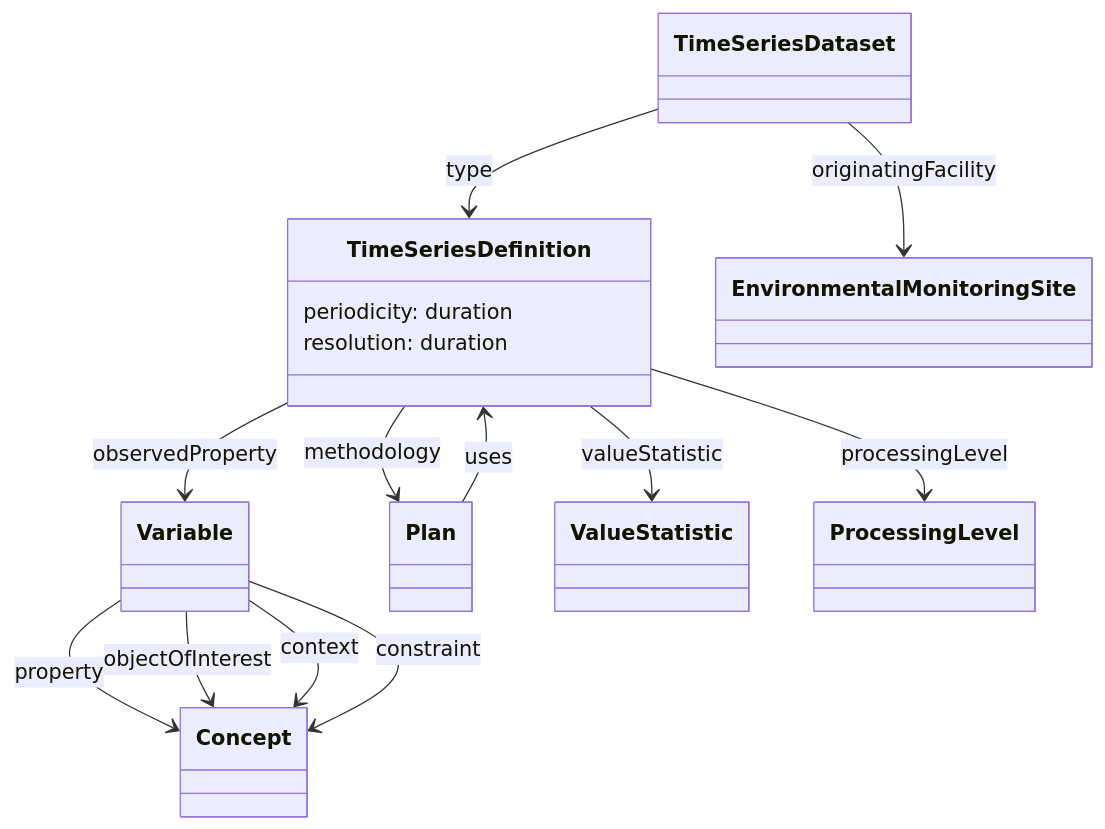
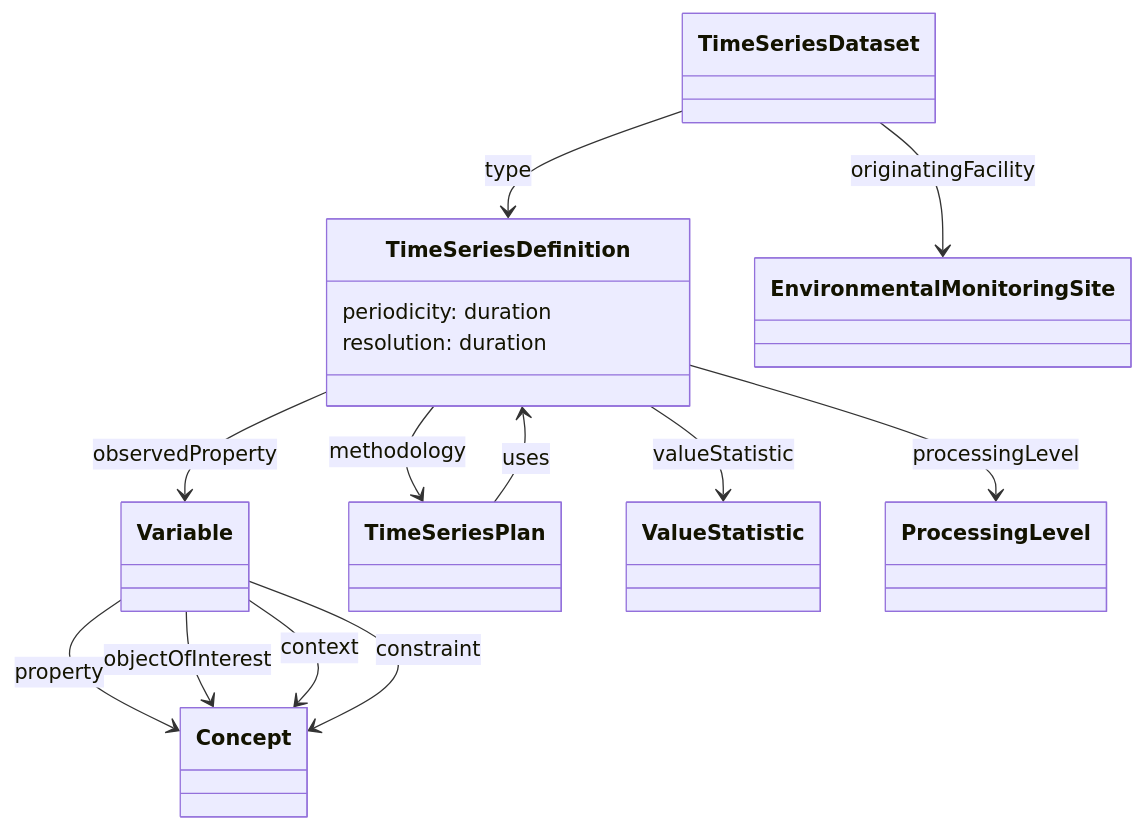
One commit to NERC-CEH/fdri-ontology changed the diagram in ontology/doc/cop-time-series-dataset.md. Above: the diagram before and after it, drawn with Mermaid.

Commit message:
Make specific subclass of Plan for Time Series generation

````diff
--- a/ontology/doc/cop-time-series-dataset.md
+++ b/ontology/doc/cop-time-series-dataset.md
@@ -41,24 +41,25 @@
 ```mermaid
 classDiagram
 class Variable
 class Concept
 class TimeSeriesDefinition {
     periodicity: duration
     resolution: duration
 }
 class TimeSeriesDataset
 class EMSite["EnvironmentalMonitoringSite"]
+class Plan["TimeSeriesPlan"]
 
 TimeSeriesDataset --> EMSite: originatingFacility
 TimeSeriesDataset --> TimeSeriesDefinition: type
 TimeSeriesDefinition --> Variable: observedProperty
 TimeSeriesDefinition --> Plan: methodology
 TimeSeriesDefinition --> ValueStatistic: valueStatistic
 TimeSeriesDefinition --> ProcessingLevel: processingLevel
 
 Plan --> TimeSeriesDefinition: uses
 Variable --> Concept: property
 Variable --> Concept: objectOfInterest
 Variable --> Concept: context
 Variable --> Concept: constraint
 ```
````
